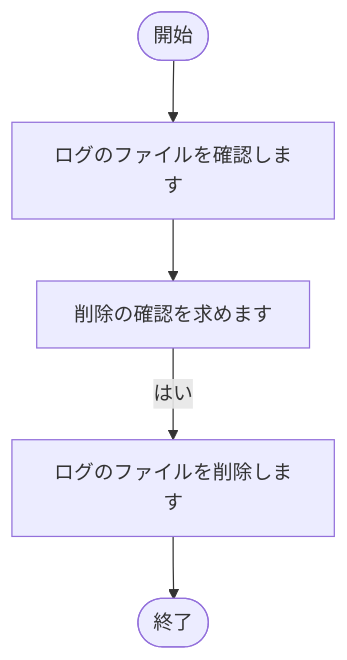
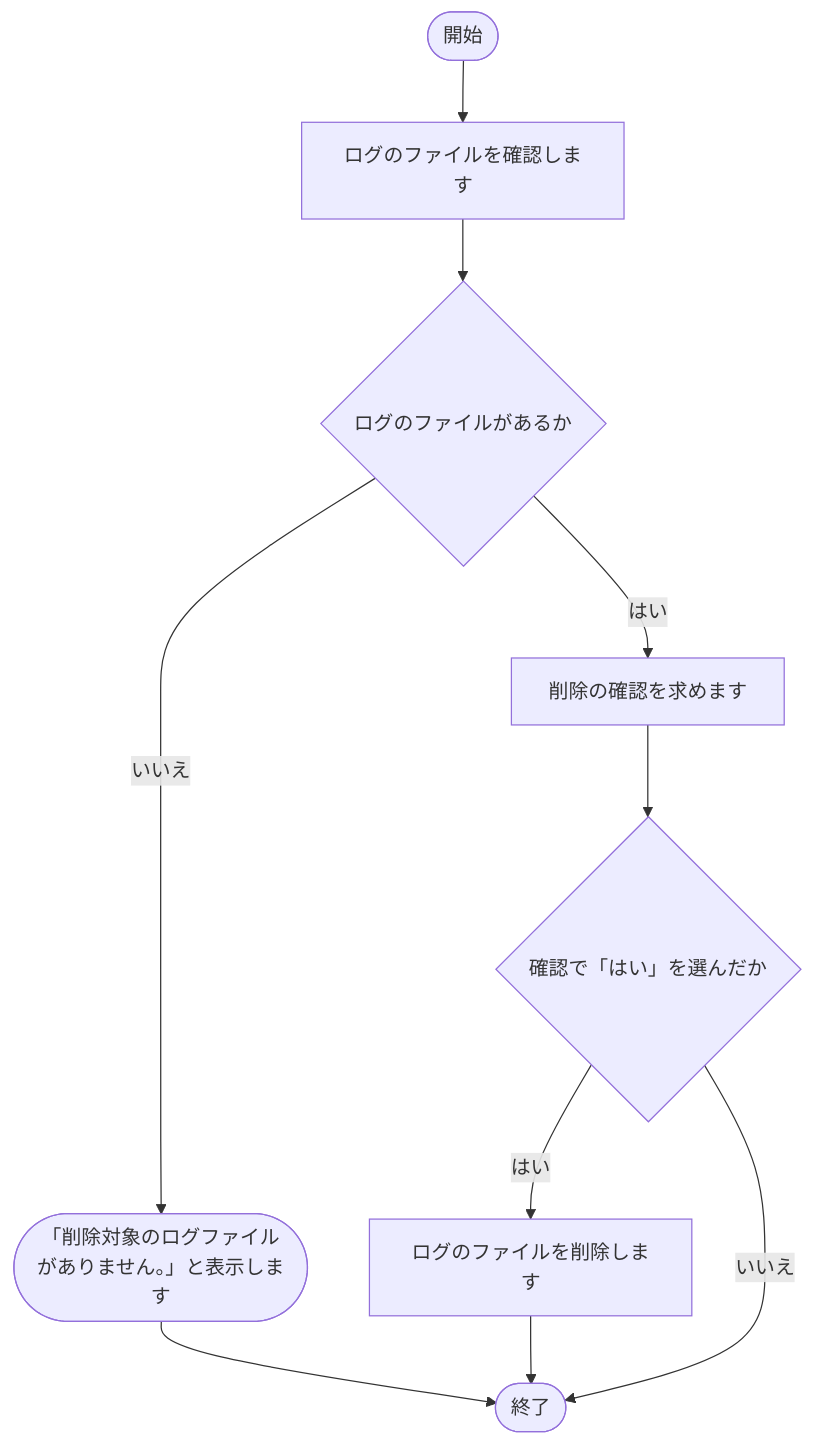
One commit to nishida2073/project_management changed the ninth of 24 diagrams in tool/track-aggregator/doc/02_設計/処理フロー.md. Above: the diagram before and after it, drawn with Mermaid. The commit also changed other lines of this file and 16 other files, not shown here.

````diff
--- a/tool/track-aggregator/doc/02_設計/処理フロー.md
+++ b/tool/track-aggregator/doc/02_設計/処理フロー.md
@@ -220,12 +228,20 @@
 ```mermaid
 flowchart TD
     S(["開始"])
     E(["終了"])
     N1["ログのファイルを確認します"]
     S --> N1
-    N2["削除の確認を求めます"]
+    N2{"ログのファイルがあるか"}
     N1 --> N2
-    N3["ログのファイルを削除します"]
+    X2(["「削除対象のログファイルがありません。」と表示します"])
+    N2 -- いいえ --> X2
+    X2 --> E
+    N3["削除の確認を求めます"]
     N2 -- はい --> N3
-    N3 --> E
+    N4{"確認で「はい」を選んだか"}
+    N3 --> N4
+    N5["ログのファイルを削除します"]
+    N4 -- はい --> N5
+    N5 --> E
+    N4 -- いいえ --> E
 ```
````
